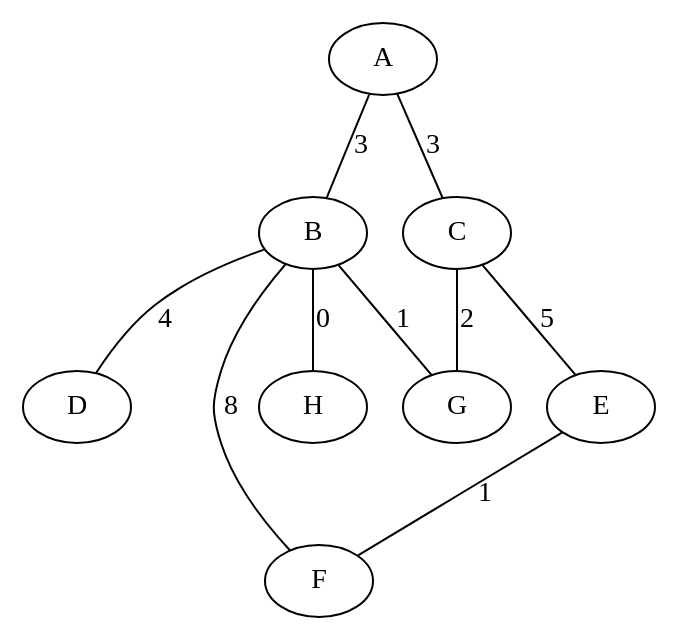
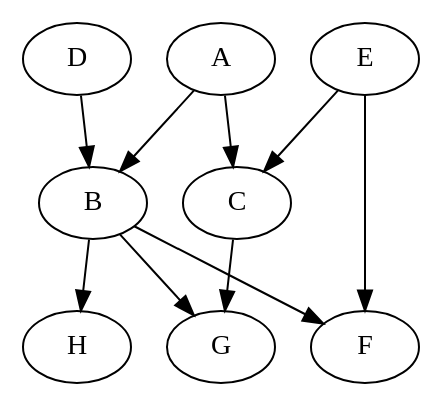
Before and after one commit to lrodrin/TFG: the diagram in src/create_example_graph.dot, drawn with Graphviz. The commit also changed 9 other files, not shown here.

```diff
--- a/src/create_example_graph.dot
+++ b/src/create_example_graph.dot
@@ -1,19 +1,19 @@
-strict graph "" {
+strict digraph graphname {
 A;
 B;
 C;
 D;
 E;
 F;
 H;
 G;
-A -- B  [label=3];
-A -- C  [label=3];
-B -- D  [label=4];
-B -- H  [label=0];
-B -- G  [label=1];
-B -- F  [label=8];
-C -- E  [label=5];
-C -- G  [label=2];
-E -- F  [label=1];
+A -> B;
+A -> C;
+B -> H;
+B -> G;
+B -> F;
+C -> G;
+D -> B;
+E -> C;
+E -> F;
 }
```
